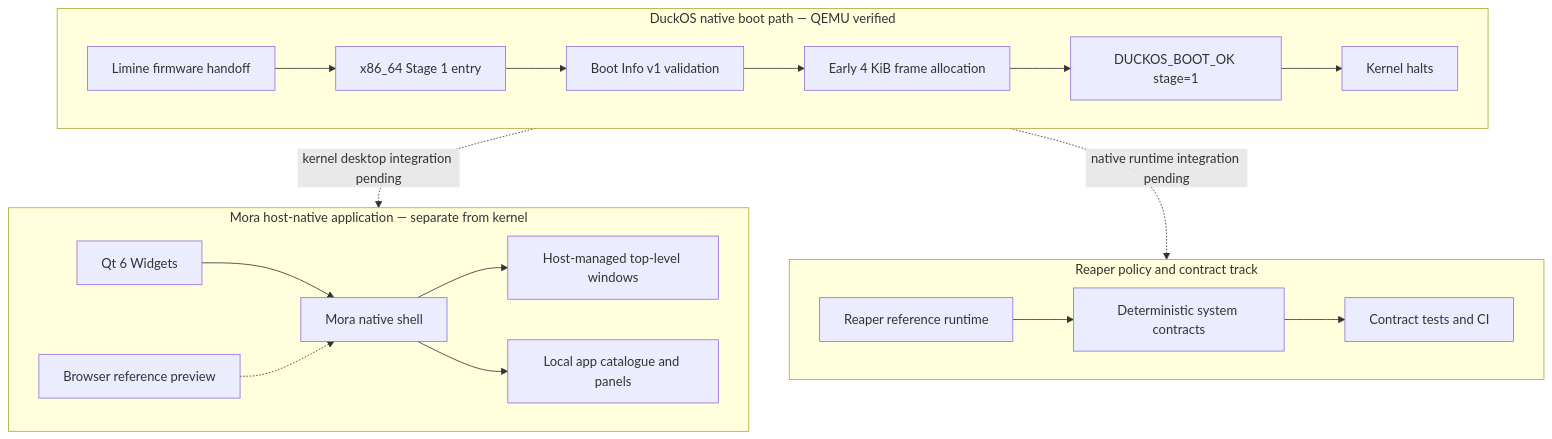
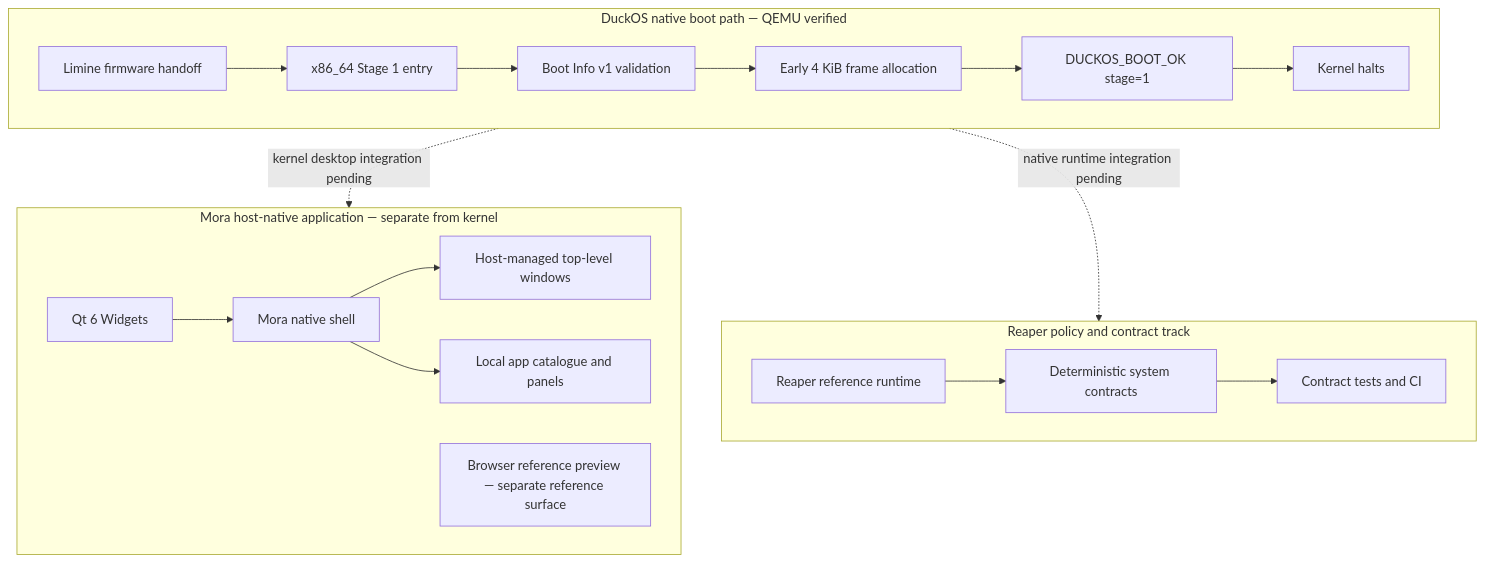
Before and after one commit to Ivan-VHS/DAK: the diagram in README.md, drawn with Mermaid.

Commit message:
docs(mora): separate browser preview from native shell diagram

````diff
--- a/README.md
+++ b/README.md
@@ -26,25 +26,25 @@
 ```mermaid
 flowchart TB
   subgraph BOOT["DuckOS native boot path — QEMU verified"]
     L["Limine firmware handoff"] --> B["x86_64 Stage 1 entry"]
     B --> V["Boot Info v1 validation"]
     V --> F["Early 4 KiB frame allocation"]
     F --> M["DUCKOS_BOOT_OK stage=1"]
     M --> H["Kernel halts"]
   end
 
   subgraph POLICY["Reaper policy and contract track"]
     R["Reaper reference runtime"] --> C["Deterministic system contracts"]
     C --> T["Contract tests and CI"]
   end
 
   subgraph HOST["Mora host-native application — separate from kernel"]
     Q["Qt 6 Widgets"] --> S["Mora native shell"]
     S --> A["Host-managed top-level windows"]
     S --> P["Local app catalogue and panels"]
-    W["Browser reference preview"] -.-> S
+    W["Browser reference preview — separate reference surface"]
   end
 
   BOOT -.->|kernel desktop integration pending| HOST
   BOOT -.->|native runtime integration pending| POLICY
 ```
````
